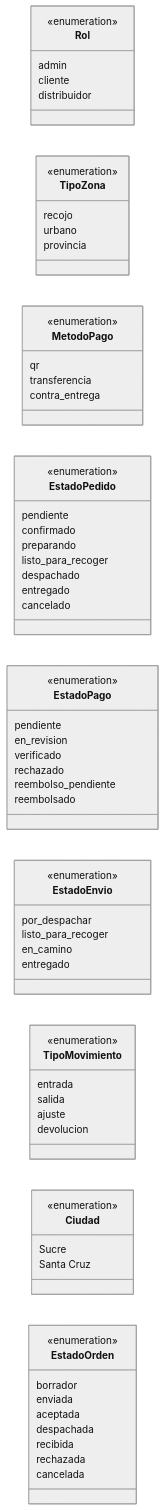
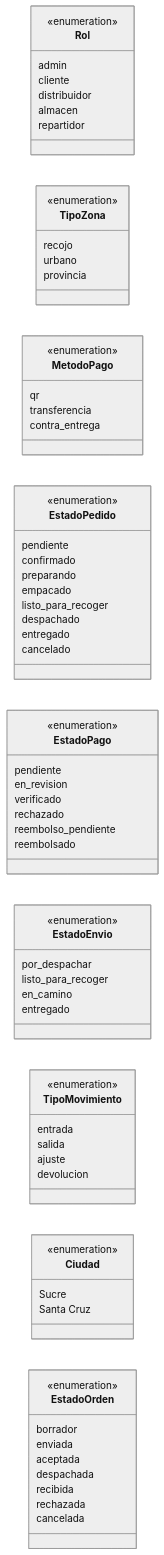
Before and after one commit to Almartinezlima/AML-AgroTech: the third of 3 diagrams in docs/uml/clases.md, drawn with Mermaid (neutral theme). The commit also changed other lines of this file and 11 other files, not shown here.

Commit message:
docs(almacen): specs, casos de uso, UML (clases, estados, secuencia) y OpenAPI de la fase 9C

````diff
--- a/docs/uml/clases.md
+++ b/docs/uml/clases.md
@@ -241,70 +269,73 @@
 ```mermaid
 classDiagram
   direction LR
   class Rol {
     <<enumeration>>
     admin
     cliente
     distribuidor
+    almacen
+    repartidor
   }
   class TipoZona {
     <<enumeration>>
     recojo
     urbano
     provincia
   }
   class MetodoPago {
     <<enumeration>>
     qr
     transferencia
     contra_entrega
   }
   class EstadoPedido {
     <<enumeration>>
     pendiente
     confirmado
     preparando
+    empacado
     listo_para_recoger
     despachado
     entregado
     cancelado
   }
   class EstadoPago {
     <<enumeration>>
     pendiente
     en_revision
     verificado
     rechazado
     reembolso_pendiente
     reembolsado
   }
   class EstadoEnvio {
     <<enumeration>>
     por_despachar
     listo_para_recoger
     en_camino
     entregado
   }
   class TipoMovimiento {
     <<enumeration>>
     entrada
     salida
     ajuste
     devolucion
   }
   class Ciudad {
     <<enumeration>>
     Sucre
     Santa Cruz
   }
   class EstadoOrden {
     <<enumeration>>
     borrador
     enviada
     aceptada
     despachada
     recibida
     rechazada
     cancelada
   }
 ```
````
